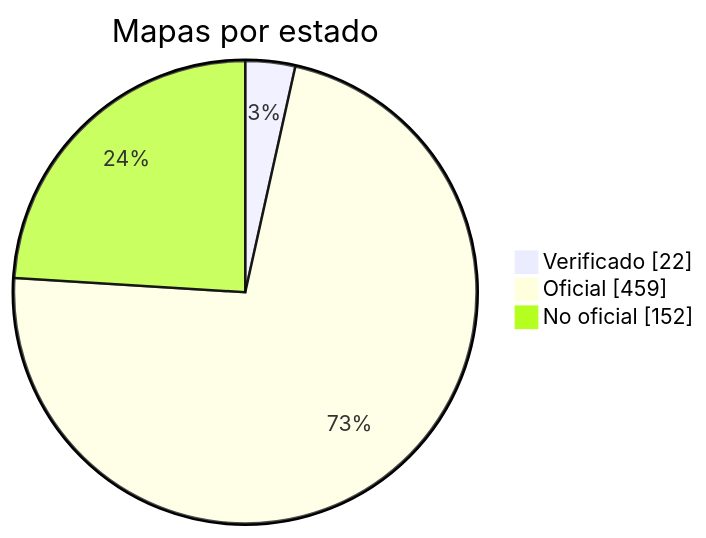
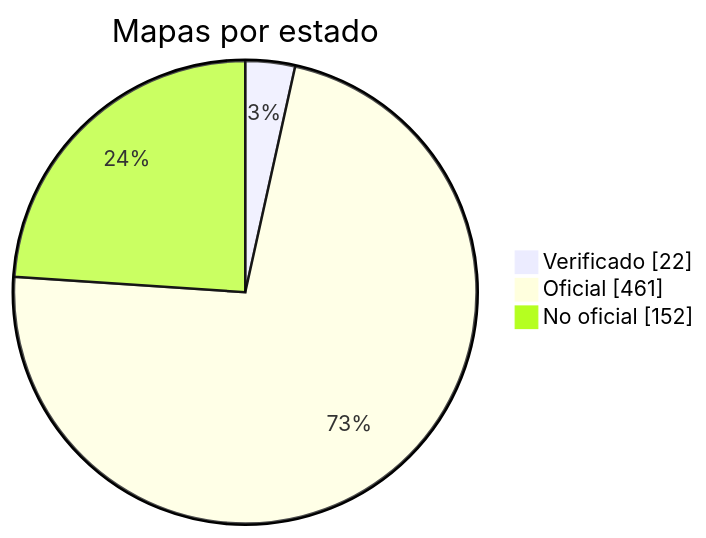
Before and after one commit to nobrega8/mbmap-library: the diagram in docs/readme/README_ES.md, drawn with Mermaid. The commit also changed 5 other files, not shown here.

````diff
--- a/docs/readme/README_ES.md
+++ b/docs/readme/README_ES.md
@@ -54,7 +54,7 @@
 ```mermaid
 pie showData
     title Mapas por estado
     "Verificado" : 22
-    "Oficial" : 459
+    "Oficial" : 461
     "No oficial" : 152
 ```
````
